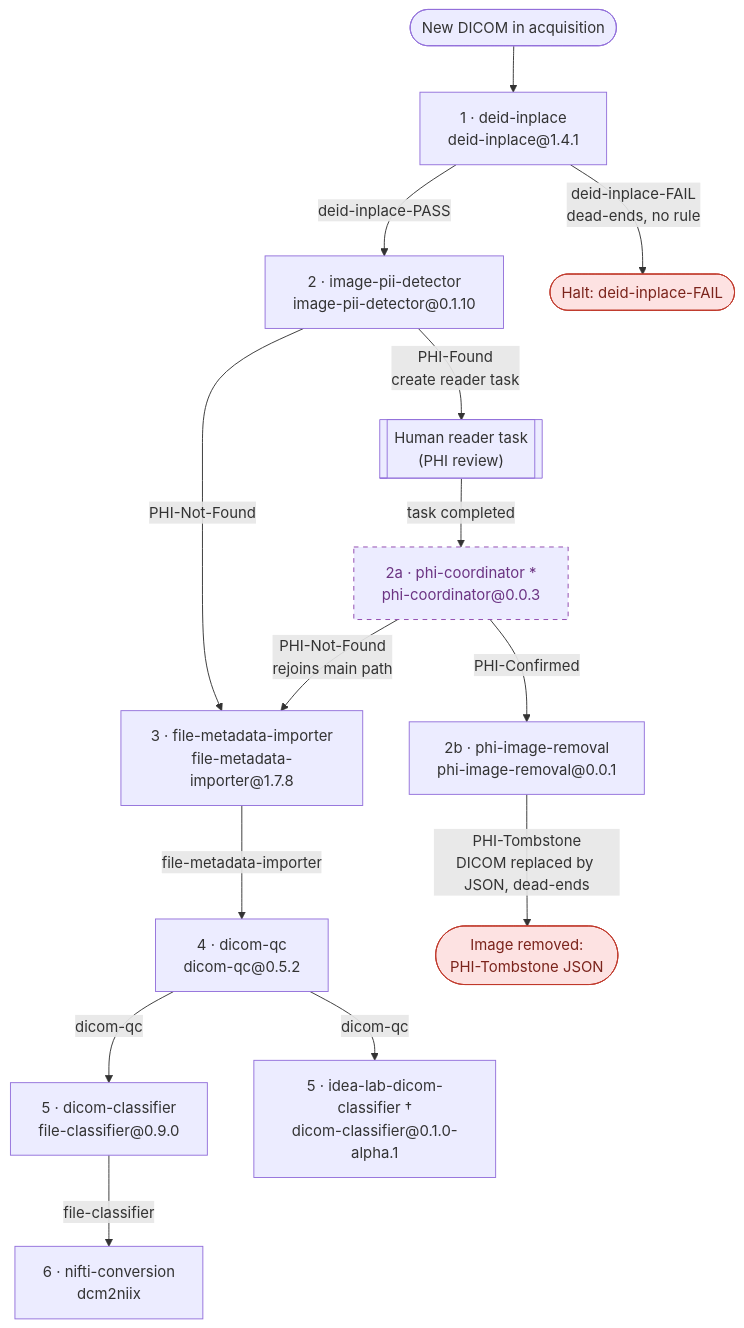
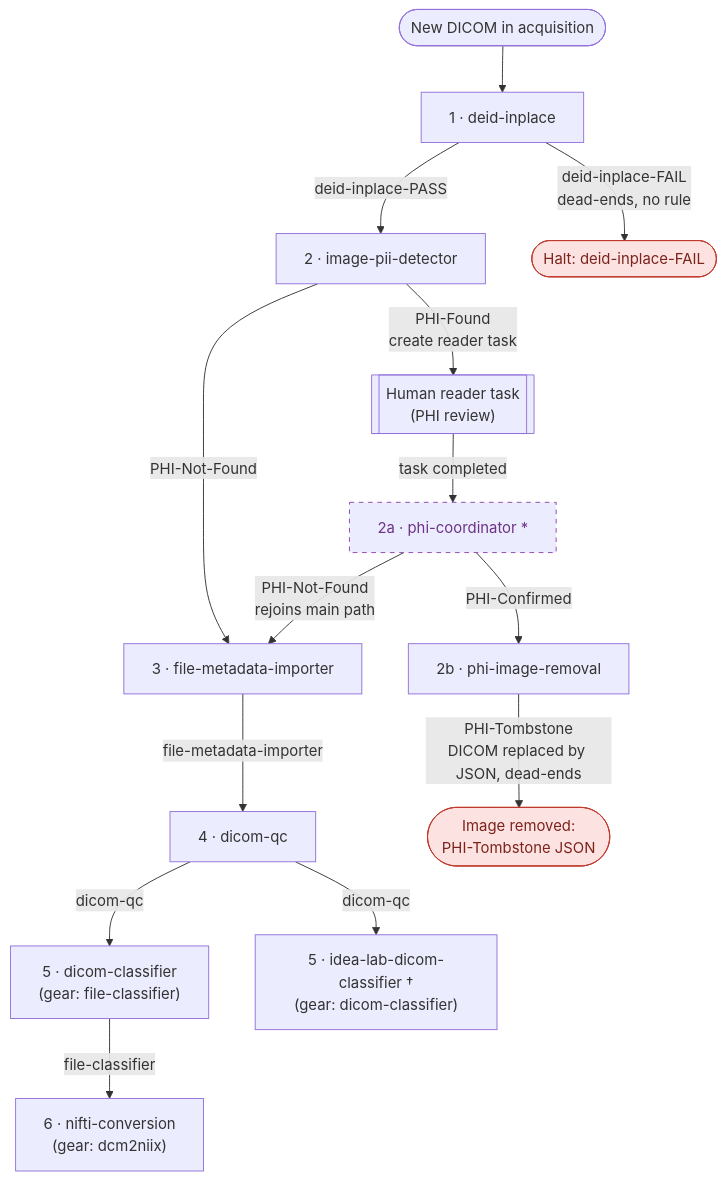
Before and after one commit to naccdata/flywheel-gear-extensions: the diagram in docs/processes/mp-imaging-pipeline.md, drawn with Mermaid. The commit also changed other lines of this file, not shown here.

Commit message:
removed gear version numbers

````diff
--- a/docs/processes/mp-imaging-pipeline.md
+++ b/docs/processes/mp-imaging-pipeline.md
@@ -27,33 +27,33 @@
 ```mermaid
 flowchart TD
     start([New DICOM in acquisition])
-    deid["1 · deid-inplace<br/>deid-inplace@1.4.1"]
-    pii["2 · image-pii-detector<br/>image-pii-detector@0.1.10"]
+    deid["1 · deid-inplace"]
+    pii["2 · image-pii-detector"]
     review[["Human reader task<br/>(PHI review)"]]
-    coord["2a · phi-coordinator *<br/>phi-coordinator@0.0.3"]:::norule
-    removal["2b · phi-image-removal<br/>phi-image-removal@0.0.1"]
-    meta["3 · file-metadata-importer<br/>file-metadata-importer@1.7.8"]
-    qc["4 · dicom-qc<br/>dicom-qc@0.5.2"]
-    fcls["5 · dicom-classifier<br/>file-classifier@0.9.0"]
-    icls["5 · idea-lab-dicom-classifier †<br/>dicom-classifier@0.1.0-alpha.1"]
-    nifti["6 · nifti-conversion<br/>dcm2niix"]
+    coord["2a · phi-coordinator *"]:::norule
+    removal["2b · phi-image-removal"]
+    meta["3 · file-metadata-importer"]
+    qc["4 · dicom-qc"]
+    fcls["5 · dicom-classifier<br/>(gear: file-classifier)"]
+    icls["5 · idea-lab-dicom-classifier †<br/>(gear: dicom-classifier)"]
+    nifti["6 · nifti-conversion<br/>(gear: dcm2niix)"]
     tomb([Image removed:<br/>PHI-Tombstone JSON]):::stop
     haltfail([Halt: deid-inplace-FAIL]):::stop
 
     start --> deid
     deid -->|deid-inplace-PASS| pii
     deid -->|deid-inplace-FAIL<br/>dead-ends, no rule| haltfail
     pii -->|PHI-Not-Found| meta
     pii -->|PHI-Found<br/>create reader task| review
     review -->|task completed| coord
     coord -->|PHI-Confirmed| removal
     removal -->|PHI-Tombstone<br/>DICOM replaced by JSON, dead-ends| tomb
     coord -->|PHI-Not-Found<br/>rejoins main path| meta
     meta -->|file-metadata-importer| qc
     qc -->|dicom-qc| fcls
     qc -->|dicom-qc| icls
     fcls -->|file-classifier| nifti
 
     classDef stop fill:#fde2e2,stroke:#c0392b,color:#7b241c;
     classDef norule stroke-dasharray:5 5,stroke:#8e44ad,color:#6c3483;
 ```
````
